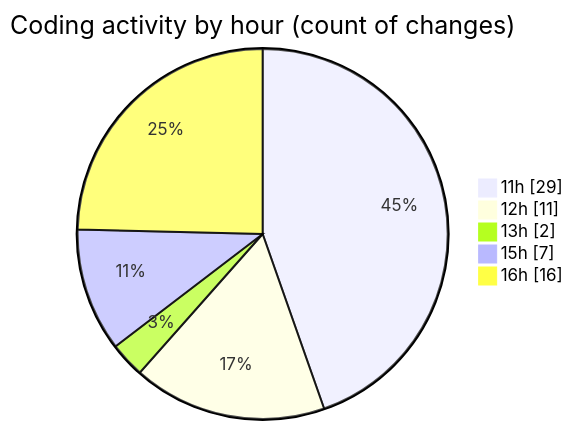
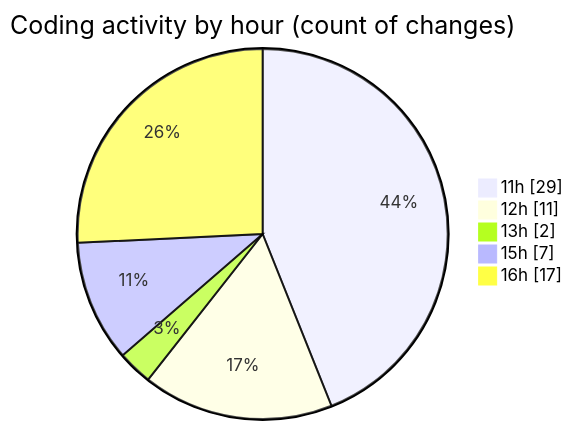
Before and after one commit to nxtqubesakshisongat/code-tracking: the second of 2 diagrams in 2025-11-05/nxtqube_webapp/README.md, drawn with Mermaid. The commit also changed other lines of this file and 1 other file, not shown here.

````diff
--- a/2025-11-05/nxtqube_webapp/README.md
+++ b/2025-11-05/nxtqube_webapp/README.md
@@ -38,9 +38,9 @@
 ```mermaid
 pie showData
 title Coding activity by hour (count of changes)
 "11h" : 29
 "12h" : 11
 "13h" : 2
 "15h" : 7
-"16h" : 16
+"16h" : 17
 ```
````
